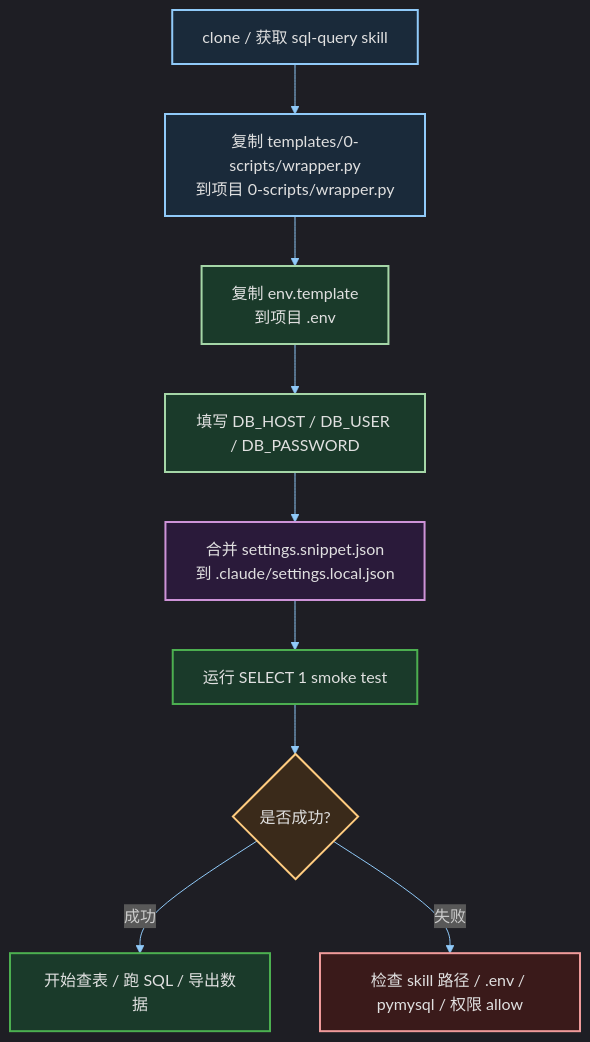
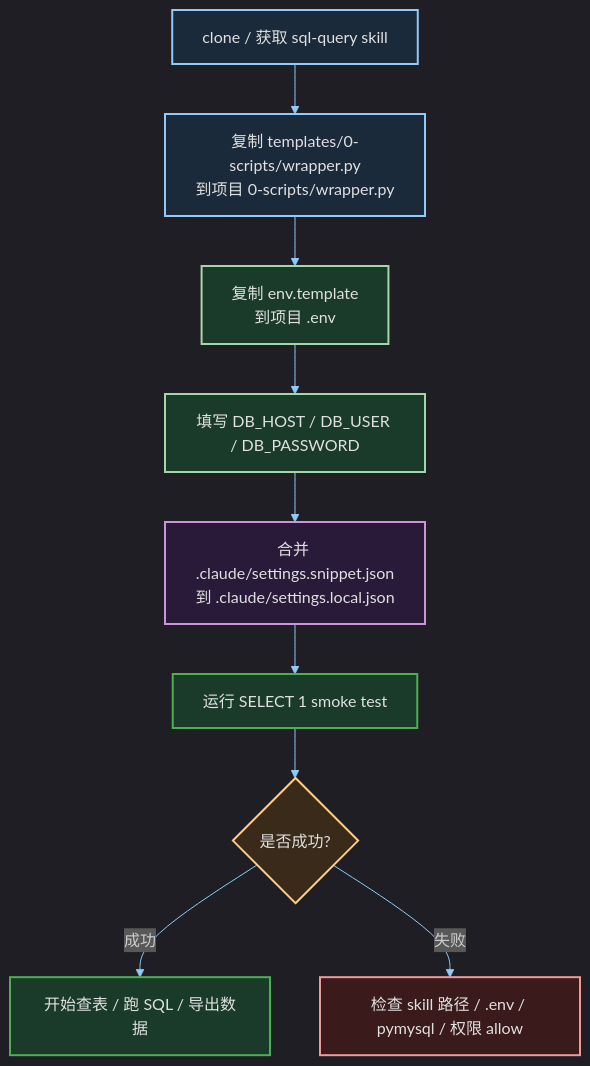
One commit to yeyangchen2009/sql-query changed the second of 2 diagrams in README.md. Above: the diagram before and after it, drawn with Mermaid. The commit also changed other lines of this file and 2 other files, not shown here.

First line of the commit message:
调整 settings 片段模板目录

````diff
--- a/README.md
+++ b/README.md
@@ -191,22 +191,22 @@
 ```mermaid
 %%{init: {"theme":"dark","themeVariables":{"primaryColor":"#1a2a3a","primaryBorderColor":"#90caf9","primaryTextColor":"#e0e0e0","lineColor":"#90caf9","secondaryColor":"#1a3a2a","tertiaryColor":"#2a1a3a","actorBkg":"#1a2a3a","actorBorder":"#90caf9","actorTextColor":"#e0e0e0","activationBkgColor":"#1a3a2a","activationBorderColor":"#a5d6a7","signalColor":"#e0e0e0","signalTextColor":"#e0e0e0","noteBkgColor":"#3a2a1a","noteTextColor":"#e0e0e0"}}}%%
 flowchart TD
     A["clone / 获取 sql-query skill"] --> B["复制 templates/0-scripts/wrapper.py<br/>到项目 0-scripts/wrapper.py"]
     B --> C["复制 env.template<br/>到项目 .env"]
     C --> D["填写 DB_HOST / DB_USER / DB_PASSWORD"]
-    D --> E["合并 settings.snippet.json<br/>到 .claude/settings.local.json"]
+    D --> E["合并 .claude/settings.snippet.json<br/>到 .claude/settings.local.json"]
     E --> F["运行 SELECT 1 smoke test"]
     F --> G{"是否成功?"}
     G -->|"成功"| H["开始查表 / 跑 SQL / 导出数据"]
     G -->|"失败"| I["检查 skill 路径 / .env / pymysql / 权限 allow"]
 
     style A fill:#1a2a3a,stroke:#90caf9,stroke-width:2px,color:#e0e0e0
     style B fill:#1a2a3a,stroke:#90caf9,stroke-width:2px,color:#e0e0e0
     style C fill:#1a3a2a,stroke:#a5d6a7,stroke-width:2px,color:#e0e0e0
     style D fill:#1a3a2a,stroke:#a5d6a7,stroke-width:2px,color:#e0e0e0
     style E fill:#2a1a3a,stroke:#ce93d8,stroke-width:2px,color:#e0e0e0
     style F fill:#1a3a2a,stroke:#4caf50,stroke-width:2px,color:#e0e0e0
     style G fill:#3a2a1a,stroke:#ffcc80,stroke-width:2px,color:#e0e0e0
     style H fill:#1a3a2a,stroke:#4caf50,stroke-width:2px,color:#e0e0e0
     style I fill:#3a1a1a,stroke:#ef9a9a,stroke-width:2px,color:#e0e0e0
 ```
````
